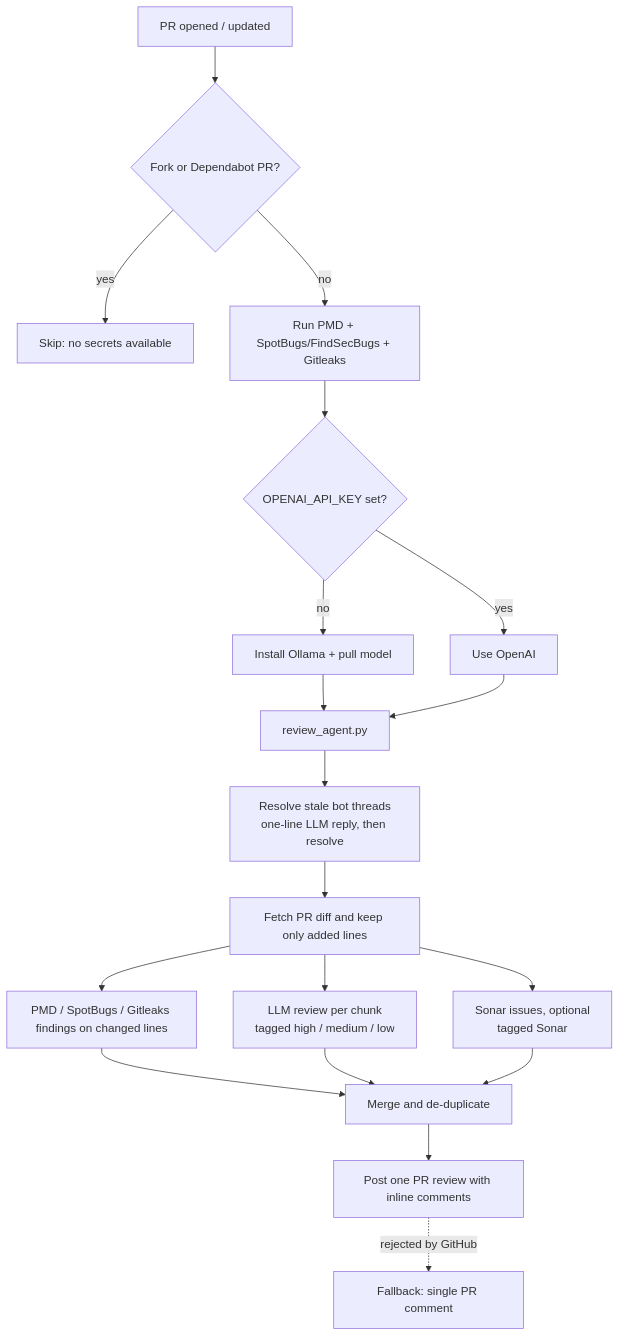
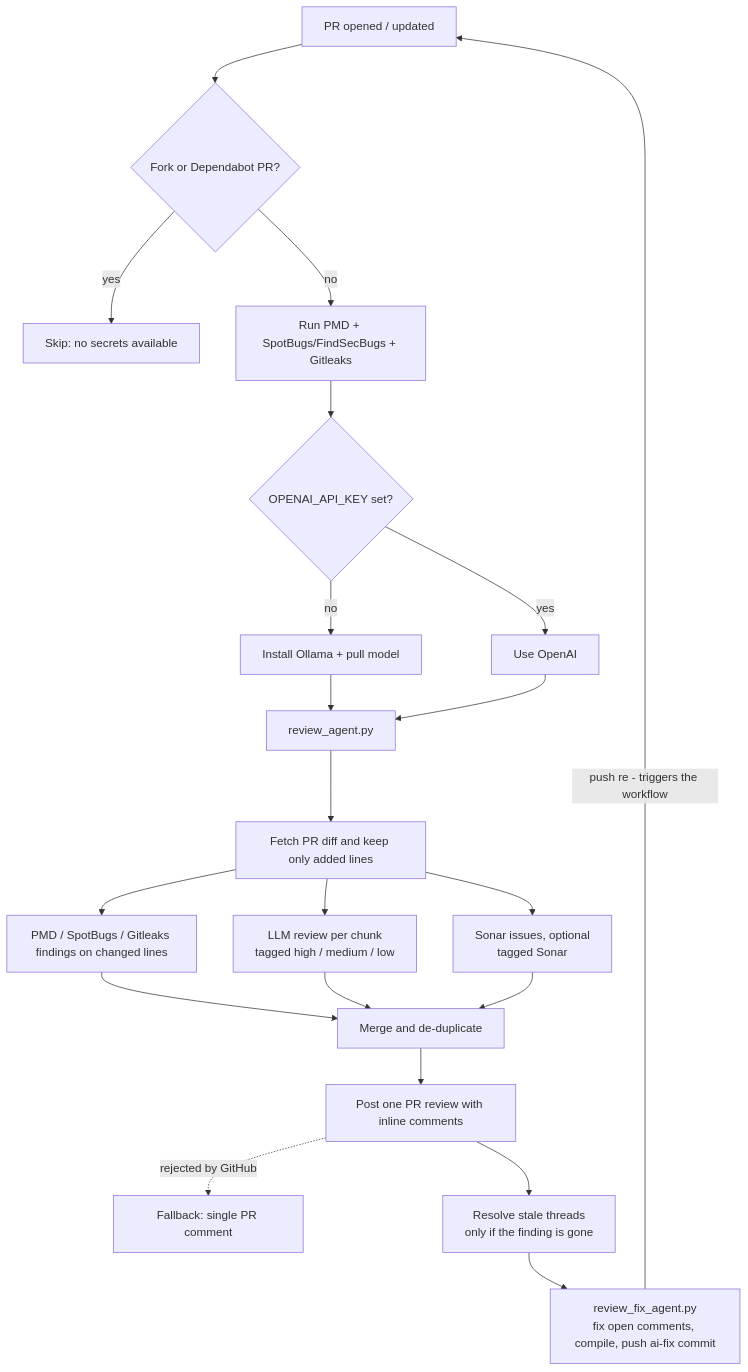
Before and after one commit to musabbozkurt/oauth2-authorization-server: the diagram in docs/agent/README.md, drawn with Mermaid. The commit also changed other lines of this file and 3 other files, not shown here.

Commit message:
refactor: enhance review agent with auto-fix capabilities for open comments; update workflow and documentation

````diff
--- a/docs/agent/README.md
+++ b/docs/agent/README.md
@@ -7,21 +7,23 @@
 ```mermaid
 flowchart TD
     A[PR opened / updated] --> B{Fork or Dependabot PR?}
     B -- yes --> Z[Skip: no secrets available]
     B -- no --> C[Run PMD + SpotBugs/FindSecBugs + Gitleaks]
     C --> D{OPENAI_API_KEY set?}
     D -- no --> E[Install Ollama + pull model]
     D -- yes --> F[Use OpenAI]
     E --> G[review_agent.py]
     F --> G
-    G --> R[Resolve stale bot threads<br/>one-line LLM reply, then resolve]
-    R --> H[Fetch PR diff and keep only added lines]
+    G --> H[Fetch PR diff and keep only added lines]
     H --> I[PMD / SpotBugs / Gitleaks findings on changed lines]
     H --> J[LLM review per chunk<br/>tagged high / medium / low]
     H --> K[Sonar issues, optional<br/>tagged Sonar]
     I --> L[Merge and de-duplicate]
     J --> L
     K --> L
     L --> M[Post one PR review with inline comments]
     M -. rejected by GitHub .-> N[Fallback: single PR comment]
+    M --> S[Resolve stale threads<br/>only if the finding is gone]
+    S --> X[review_fix_agent.py<br/>fix open comments, compile, push ai-fix commit]
+    X -- push re - triggers the workflow --> A
 ```
````
